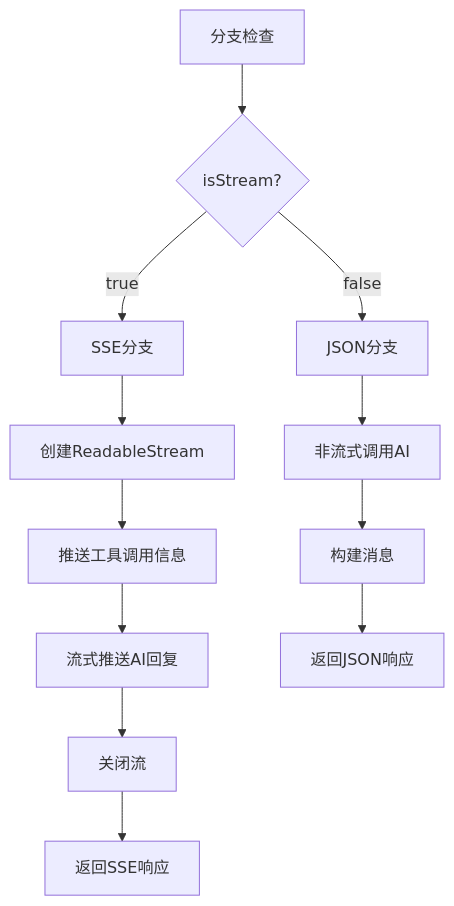
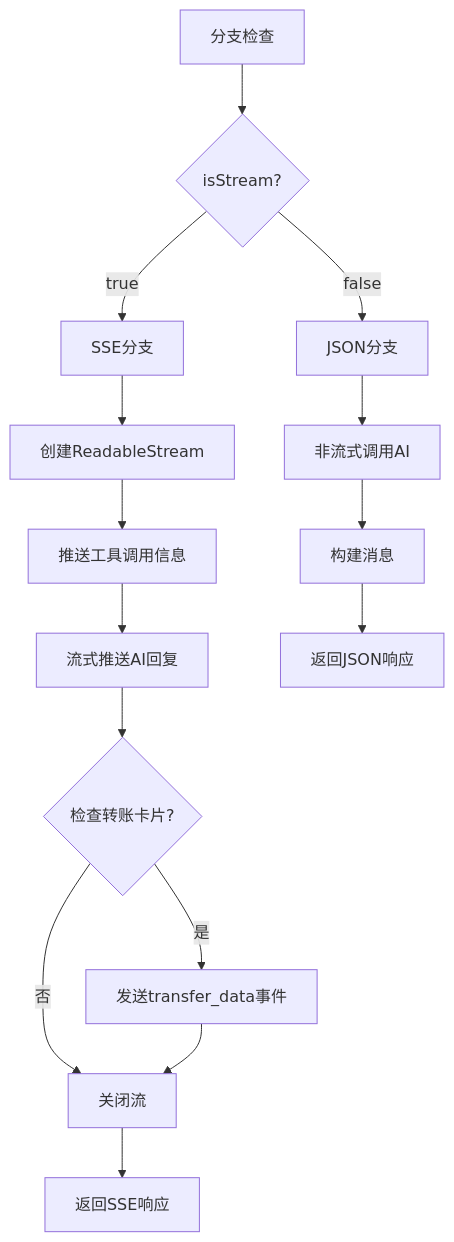
One commit to CryptoLinxu/Web3-AI-Agent changed diagram 35 of 35 in .qoder/repowiki/zh/content/核心技能详解/SSE流式聊天系统.md. Above: the diagram before and after it, drawn with Mermaid. The commit also changed other lines of this file and 7 other files, not shown here.

Commit message:
eat(transfer-card): 实现 ERC20 approve 完整流程" -m "扩展 ERC20_ABI 增加 allowance 和 approve 新增 useReadContract 检查授权额度 allowance 不足时自动显示授权步骤 approve 成功后自动发起 transfer 新增 approving 状态和授权 UI 按钮 类型 TransferStatus 新增 approving

````diff
--- a/.qoder/repowiki/zh/content/核心技能详解/SSE流式聊天系统.md
+++ b/.qoder/repowiki/zh/content/核心技能详解/SSE流式聊天系统.md
@@ -1192,14 +1518,17 @@
 ```mermaid
 flowchart TD
 BranchCheck[分支检查] --> IsStream{isStream?}
 IsStream --> |true| SSEBranch[SSE分支]
 IsStream --> |false| JSONBranch[JSON分支]
 SSEBranch --> CreateStream[创建ReadableStream]
 CreateStream --> PushToolInfo[推送工具调用信息]
 PushToolInfo --> StreamAIReply[流式推送AI回复]
-StreamAIReply --> CloseStream[关闭流]
+StreamAIReply --> CheckTransferCard{检查转账卡片?}
+CheckTransferCard --> |是| SendTransferData[发送transfer_data事件]
+CheckTransferCard --> |否| CloseStream[关闭流]
+SendTransferData --> CloseStream
 CloseStream --> ReturnSSE[返回SSE响应]
 JSONBranch --> NonStreamCall[非流式调用AI]
 NonStreamCall --> BuildMessages[构建消息]
 BuildMessages --> ReturnJSON[返回JSON响应]
 ```
````
